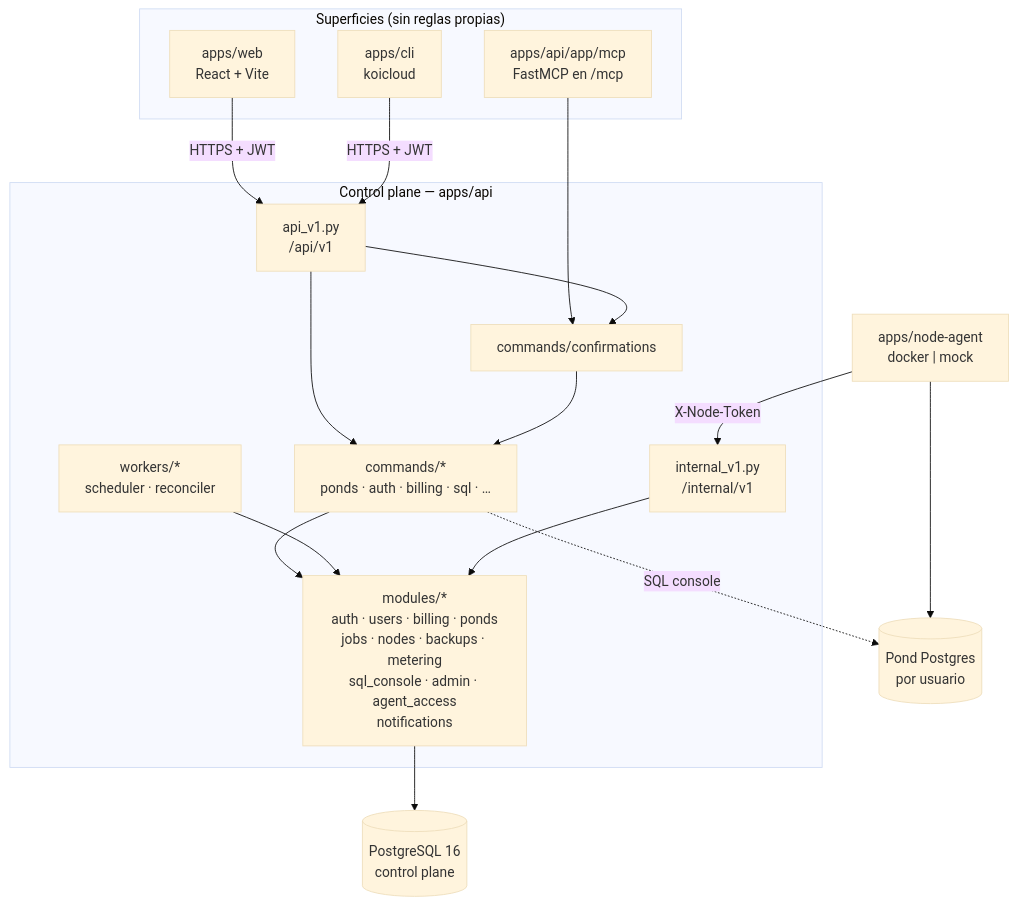
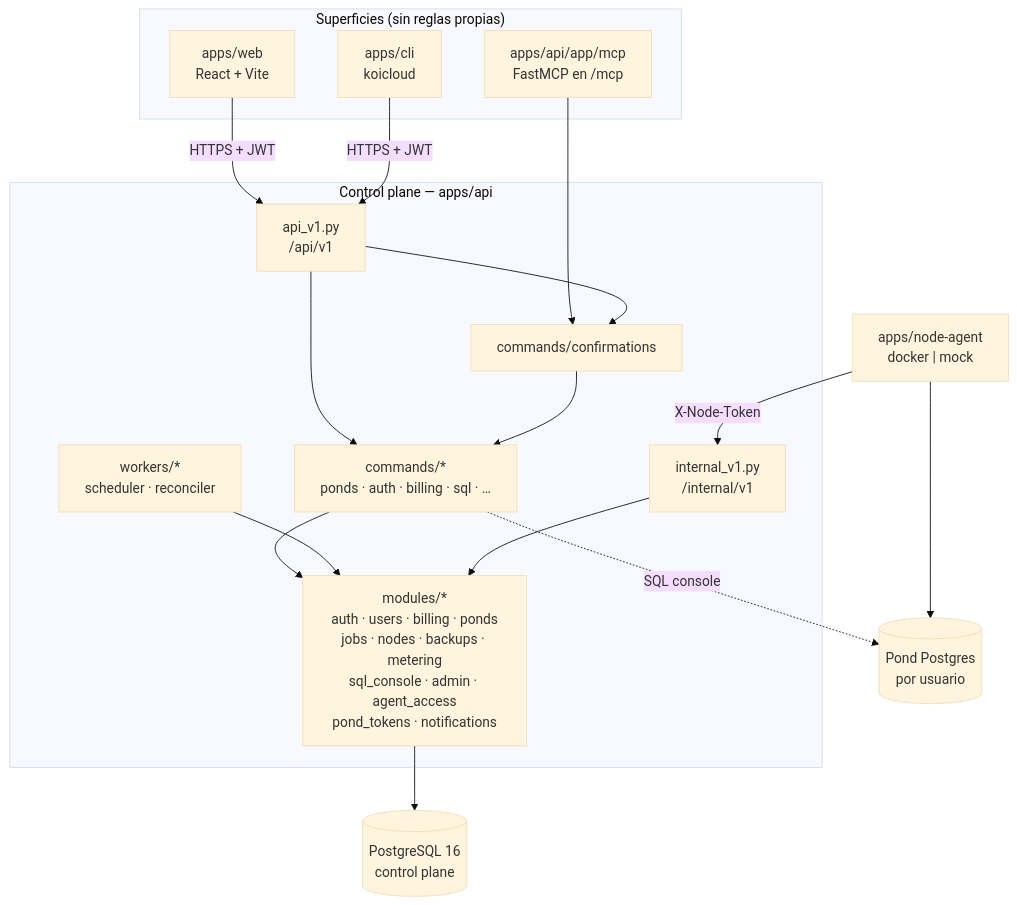
Before and after one commit to carloshugoeg/koicloud: the diagram in docs/ARCHITECTURE.md, drawn with Mermaid (base theme). The commit also changed other lines of this file and 18 other files, not shown here.

First line of the commit message:
feat(ponds): pond-scoped temporary MCP access for #203

````diff
--- a/docs/ARCHITECTURE.md
+++ b/docs/ARCHITECTURE.md
@@ -27,35 +28,35 @@
 ```mermaid
 flowchart TB
     subgraph Clients["Superficies (sin reglas propias)"]
         WEB["apps/web<br/>React + Vite"]
         CLI["apps/cli<br/>koicloud"]
         MCP["apps/api/app/mcp<br/>FastMCP en /mcp"]
     end
 
     subgraph API["Control plane — apps/api"]
         R1["api_v1.py<br/>/api/v1"]
         R2["internal_v1.py<br/>/internal/v1"]
         CONF["commands/confirmations"]
         CMD["commands/*<br/>ponds · auth · billing · sql · …"]
-        MOD["modules/*<br/>auth · users · billing · ponds<br/>jobs · nodes · backups · metering<br/>sql_console · admin · agent_access<br/>notifications"]
+        MOD["modules/*<br/>auth · users · billing · ponds<br/>jobs · nodes · backups · metering<br/>sql_console · admin · agent_access<br/>pond_tokens · notifications"]
         WRK["workers/*<br/>scheduler · reconciler"]
     end
 
     DB[("PostgreSQL 16<br/>control plane")]
     NA["apps/node-agent<br/>docker | mock"]
     POND[("Pond Postgres<br/>por usuario")]
 
     WEB -->|HTTPS + JWT| R1
     CLI -->|HTTPS + JWT| R1
     MCP --> CONF
     R1 --> CONF
     R1 --> CMD
     CONF --> CMD
     CMD --> MOD
     MOD --> DB
     WRK --> MOD
     NA -->|X-Node-Token| R2
     R2 --> MOD
     NA --> POND
     CMD -.->|SQL console| POND
 ```
````
